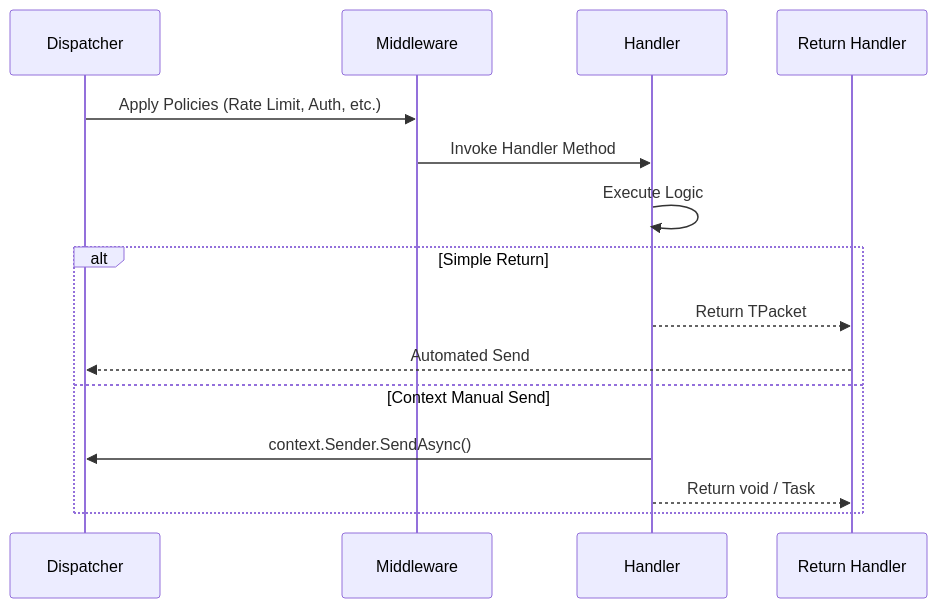
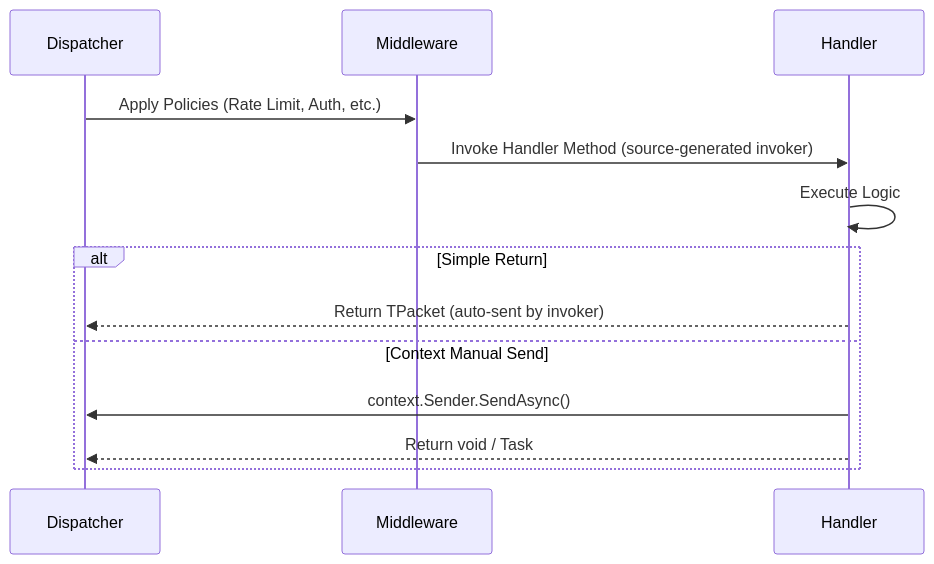
The diagram in docs/guides/application/packet-handlers.md (ppn-systems/Nalix), drawn with Mermaid before and after one commit. The commit also changed other lines of this file and 63 other files, not shown here.

````diff
--- a/docs/guides/application/packet-handlers.md
+++ b/docs/guides/application/packet-handlers.md
@@ -182,18 +182,16 @@
 ```mermaid
 sequenceDiagram
     participant D as Dispatcher
     participant M as Middleware
     participant H as Handler
-    participant R as Return Handler
 
     D->>M: Apply Policies (Rate Limit, Auth, etc.)
-    M->>H: Invoke Handler Method
+    M->>H: Invoke Handler Method (source-generated invoker)
     H->>H: Execute Logic
     alt Simple Return
-        H-->>R: Return TPacket
-        R-->>D: Automated Send
+        H-->>D: Return TPacket (auto-sent by invoker)
     else Context Manual Send
         H->>D: context.Sender.SendAsync()
-        H-->>R: Return void / Task
+        H-->>D: Return void / Task
     end
 ```
````
